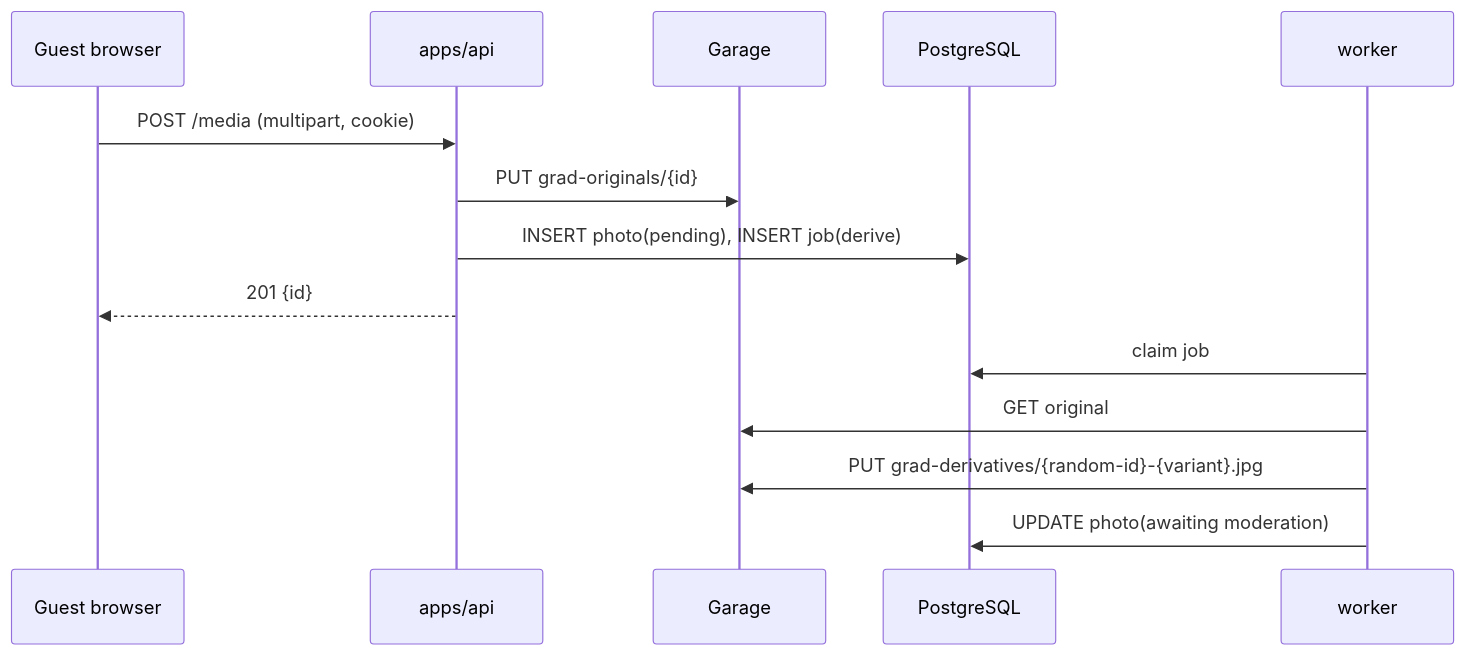
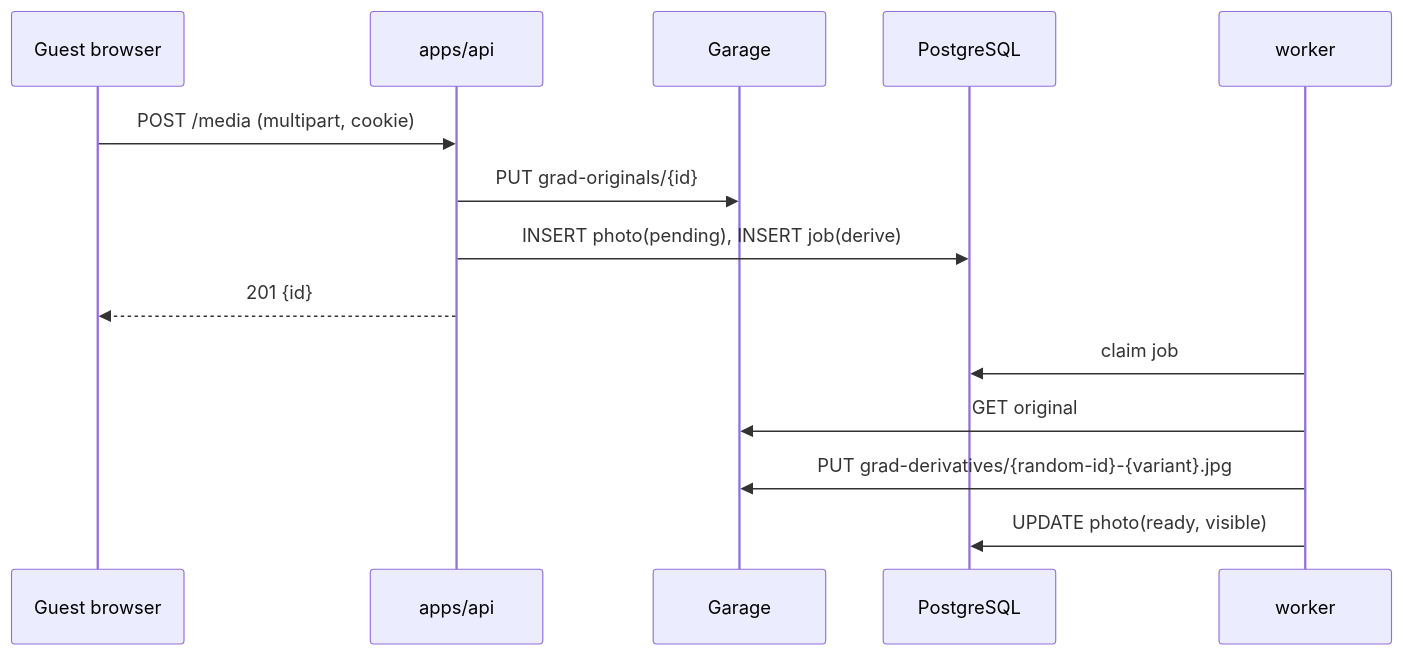
Before and after one commit to fuisl/vgu-graduation: the second of 3 diagrams in docs/architecture/target/use-cases.md, drawn with Mermaid. The commit also changed other lines of this file and 1 other file, not shown here.

````diff
--- a/docs/architecture/target/use-cases.md
+++ b/docs/architecture/target/use-cases.md
@@ -37,16 +37,16 @@
 ```mermaid
 sequenceDiagram
   participant G as Guest browser
   participant A as apps/api
   participant S as Garage
   participant P as PostgreSQL
   participant W as worker
   G->>A: POST /media (multipart, cookie)
   A->>S: PUT grad-originals/{id}
   A->>P: INSERT photo(pending), INSERT job(derive)
   A-->>G: 201 {id}
   W->>P: claim job
   W->>S: GET original
   W->>S: PUT grad-derivatives/{random-id}-{variant}.jpg
-  W->>P: UPDATE photo(awaiting moderation)
+  W->>P: UPDATE photo(ready, visible)
 ```
````
